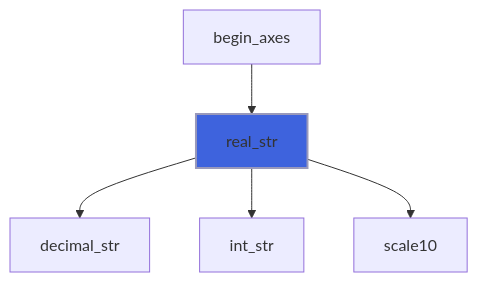
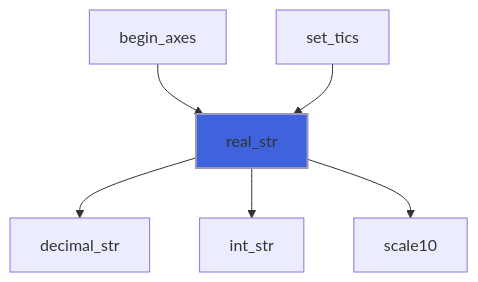
The ninth of 16 diagrams in docs/api/src/lib/foresight_format.md (szaghi/foresight), drawn with Mermaid before and after one commit. The commit also changed other lines of this file and 42 other files, not shown here.

````diff
--- a/docs/api/src/lib/foresight_format.md
+++ b/docs/api/src/lib/foresight_format.md
@@ -151,8 +322,9 @@
 ```mermaid
 flowchart TD
   begin_axes["begin_axes"] --> real_str["real_str"]
+  set_tics["set_tics"] --> real_str["real_str"]
   real_str["real_str"] --> decimal_str["decimal_str"]
   real_str["real_str"] --> int_str["int_str"]
   real_str["real_str"] --> scale10["scale10"]
   style real_str fill:#3e63dd,stroke:#99b,stroke-width:2px
 ```
````
